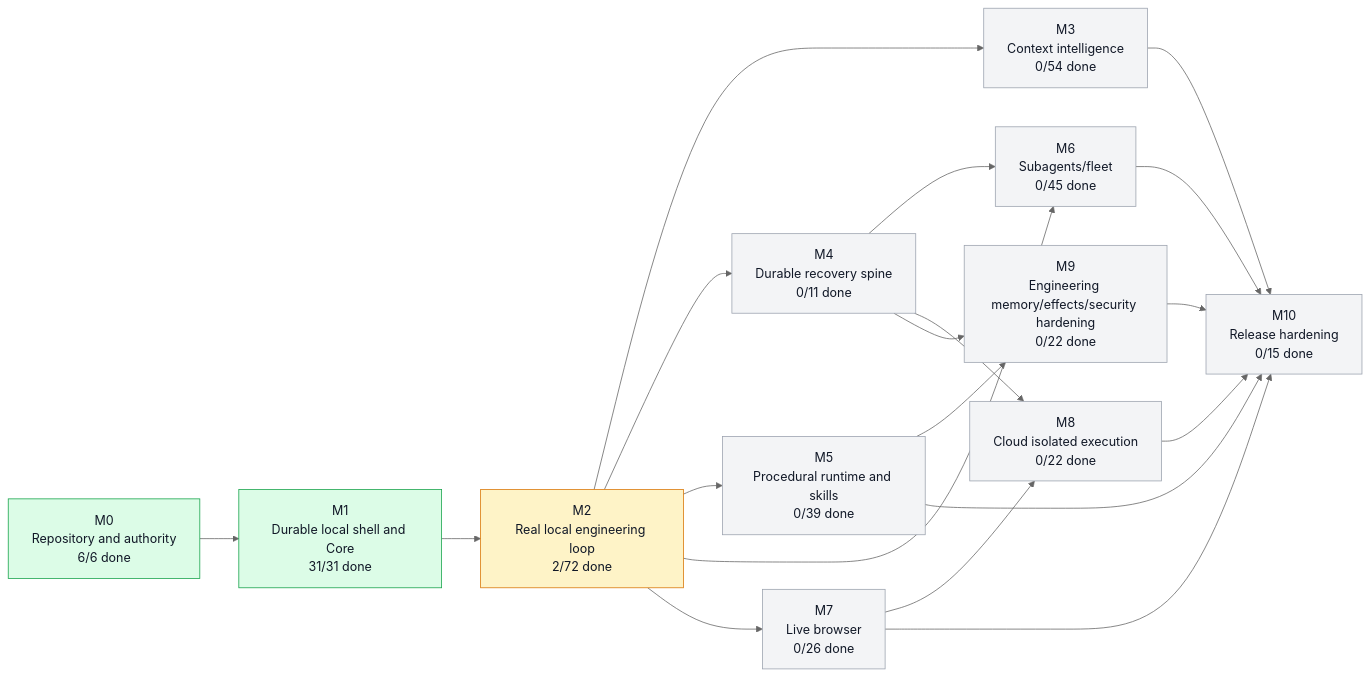
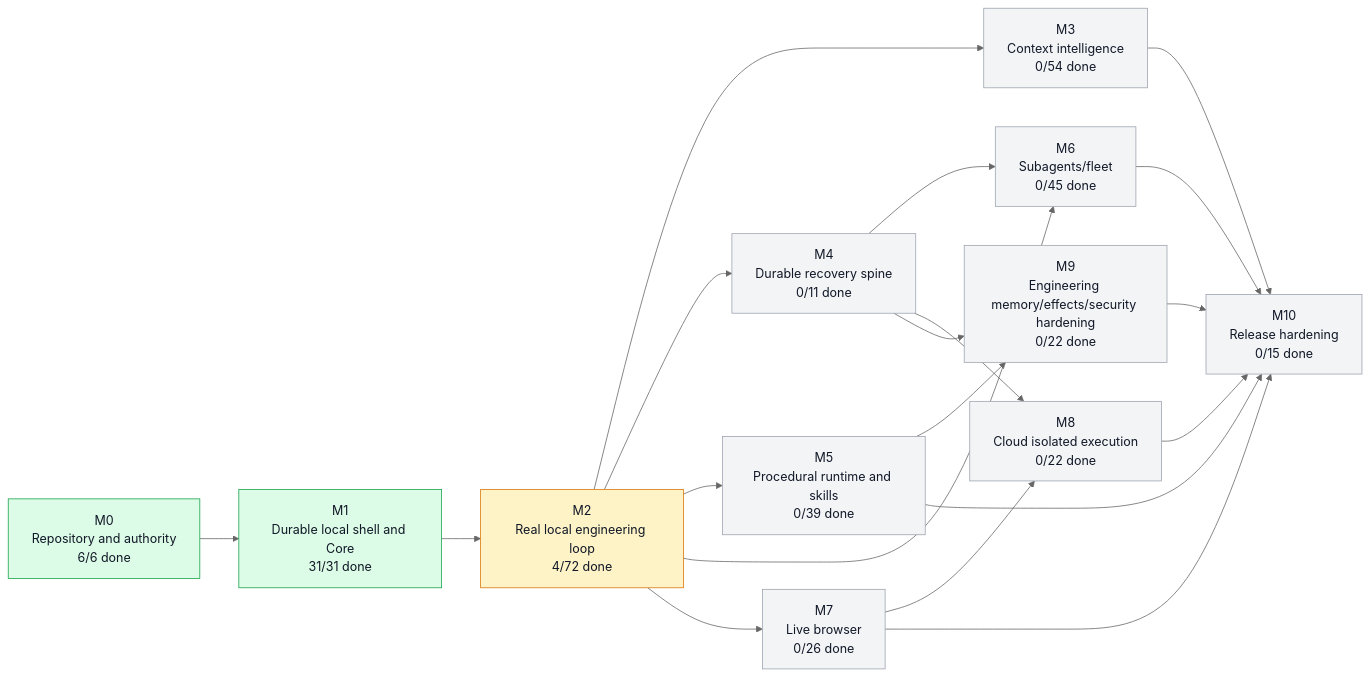
One commit to moss101/zmodbit changed the first of 3 diagrams in graph/PROJECT_GRAPH.md. Above: the diagram before and after it, drawn with Mermaid (neutral theme). The commit also changed other lines of this file and 3 other files, not shown here.

````diff
--- a/graph/PROJECT_GRAPH.md
+++ b/graph/PROJECT_GRAPH.md
@@ -43,43 +43,43 @@
 ```mermaid
 flowchart LR
   M0["M0<br/>Repository and authority<br/>6/6 done"]
   M1["M1<br/>Durable local shell and Core<br/>31/31 done"]
-  M2["M2<br/>Real local engineering loop<br/>2/72 done"]
+  M2["M2<br/>Real local engineering loop<br/>4/72 done"]
   M3["M3<br/>Context intelligence<br/>0/54 done"]
   M4["M4<br/>Durable recovery spine<br/>0/11 done"]
   M5["M5<br/>Procedural runtime and skills<br/>0/39 done"]
   M6["M6<br/>Subagents/fleet<br/>0/45 done"]
   M7["M7<br/>Live browser<br/>0/26 done"]
   M8["M8<br/>Cloud isolated execution<br/>0/22 done"]
   M9["M9<br/>Engineering memory/effects/security hardening<br/>0/22 done"]
   M10["M10<br/>Release hardening<br/>0/15 done"]
   M0 --> M1
   M1 --> M2
   M2 --> M3
   M2 --> M4
   M2 --> M5
   M2 --> M6
   M4 --> M6
   M2 --> M7
   M4 --> M8
   M7 --> M8
   M4 --> M9
   M5 --> M9
   M3 --> M10
   M5 --> M10
   M6 --> M10
   M7 --> M10
   M8 --> M10
   M9 --> M10
   style M0 fill:#dcfce7,stroke:#16a34a,color:#111827
   style M1 fill:#dcfce7,stroke:#16a34a,color:#111827
   style M2 fill:#fef3c7,stroke:#d97706,color:#111827
   style M3 fill:#f3f4f6,stroke:#9ca3af,color:#111827
   style M4 fill:#f3f4f6,stroke:#9ca3af,color:#111827
   style M5 fill:#f3f4f6,stroke:#9ca3af,color:#111827
   style M6 fill:#f3f4f6,stroke:#9ca3af,color:#111827
   style M7 fill:#f3f4f6,stroke:#9ca3af,color:#111827
   style M8 fill:#f3f4f6,stroke:#9ca3af,color:#111827
   style M9 fill:#f3f4f6,stroke:#9ca3af,color:#111827
   style M10 fill:#f3f4f6,stroke:#9ca3af,color:#111827
 ```
````
